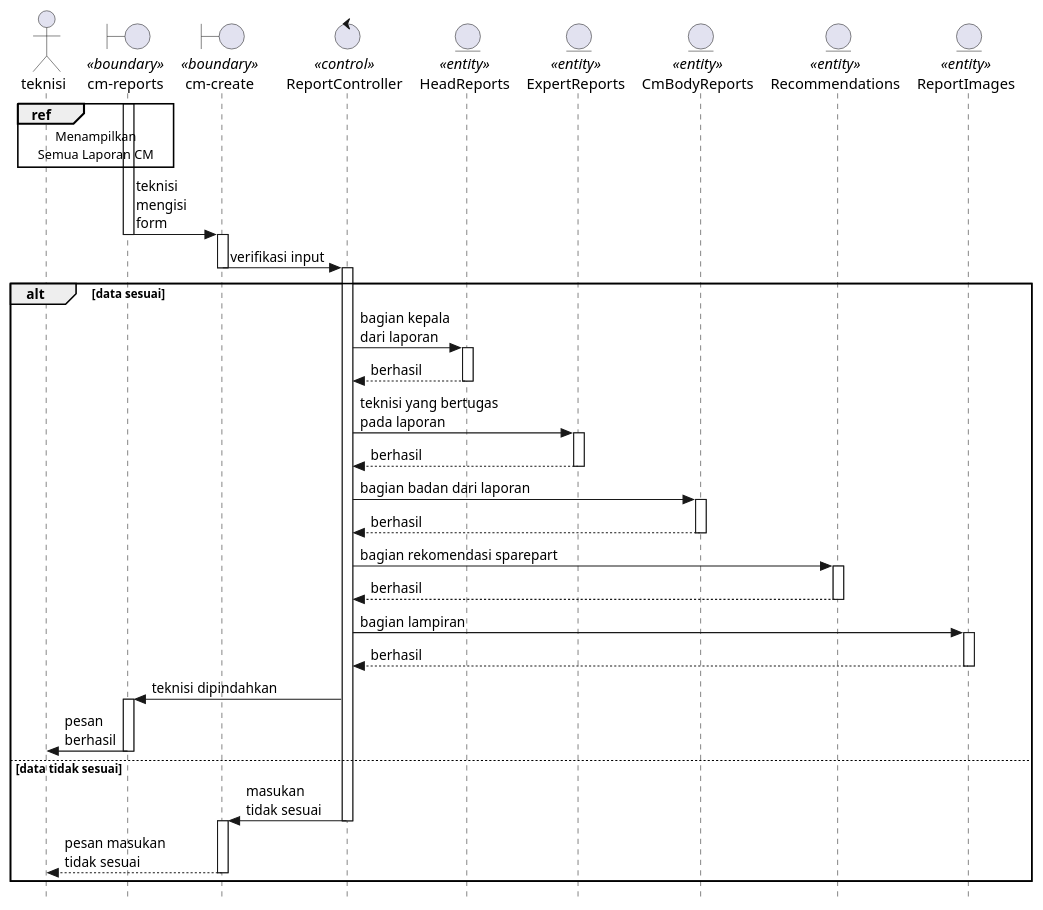
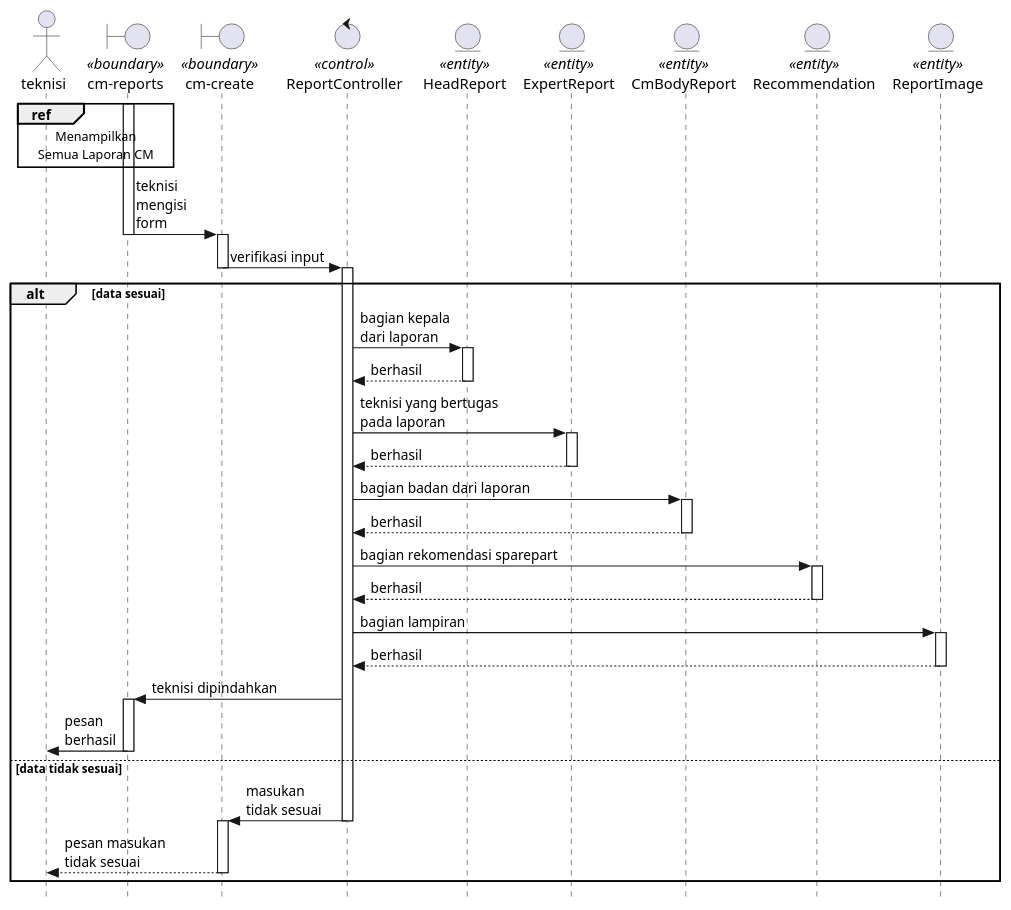
The first of 4 diagrams in Docs/diagrams/sequence/CmReport.plantuml (KPL-slur/eec-sifse-fixed), drawn with PlantUML before and after one commit. The commit also changed other lines of this file and 5 other files, not shown here.

```diff
--- a/Docs/diagrams/sequence/CmReport.plantuml
+++ b/Docs/diagrams/sequence/CmReport.plantuml
@@ -1,55 +1,55 @@
 @startuml createCM
 
 skinparam style strictuml
 
 actor teknisi
 boundary "cm-reports" as cm <<boundary>>
 boundary "cm-create" as cmCreate <<boundary>>
 control ReportController <<control>>
-entity HeadReports <<entity>>
-entity ExpertReports <<entity>>
-entity CmBodyReports <<entity>>
-entity Recommendations <<entity>>
-entity ReportImages <<entity>>
+entity HeadReport <<entity>>
+entity ExpertReport <<entity>>
+entity CmBodyReport <<entity>>
+entity Recommendation <<entity>>
+entity ReportImage <<entity>>
 
 ref over teknisi, cm : Menampilkan\nSemua Laporan CM
 
 activate cm
 cm -> cmCreate : teknisi\nmengisi\nform
     deactivate cm
     activate cmCreate
 cmCreate -> ReportController : verifikasi input
     deactivate cmCreate
     activate ReportController
 
 alt data sesuai
-    ReportController -> HeadReports : bagian kepala\ndari laporan
-        activate HeadReports
+    ReportController -> HeadReport : bagian kepala\ndari laporan
+        activate HeadReport
         return berhasil
-    ReportController -> ExpertReports : teknisi yang bertugas\npada laporan
-        activate ExpertReports
+    ReportController -> ExpertReport : teknisi yang bertugas\npada laporan
+        activate ExpertReport
         return berhasil
-    ReportController -> CmBodyReports : bagian badan dari laporan
-        activate CmBodyReports
+    ReportController -> CmBodyReport : bagian badan dari laporan
+        activate CmBodyReport
         return berhasil
-    ReportController -> Recommendations : bagian rekomendasi sparepart
-        activate Recommendations
+    ReportController -> Recommendation : bagian rekomendasi sparepart
+        activate Recommendation
         return berhasil
-    ReportController -> ReportImages : bagian lampiran
-        activate ReportImages
+    ReportController -> ReportImage : bagian lampiran
+        activate ReportImage
         return berhasil
     ReportController -> cm : teknisi dipindahkan
         activate cm
     cm -> teknisi : pesan\nberhasil
         deactivate cm
     
 else data tidak sesuai
     ReportController -> cmCreate : masukan\ntidak sesuai
         deactivate ReportController
         activate cmCreate
     cmCreate --> teknisi : pesan masukan\ntidak sesuai
         deactivate cmCreate
 
 end
 
 @enduml
```
